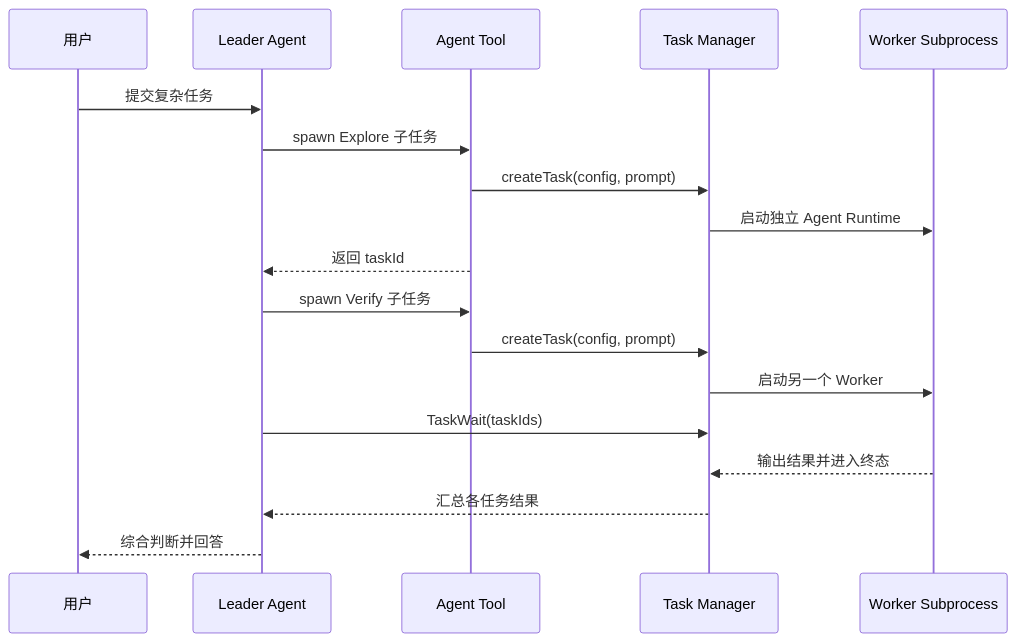
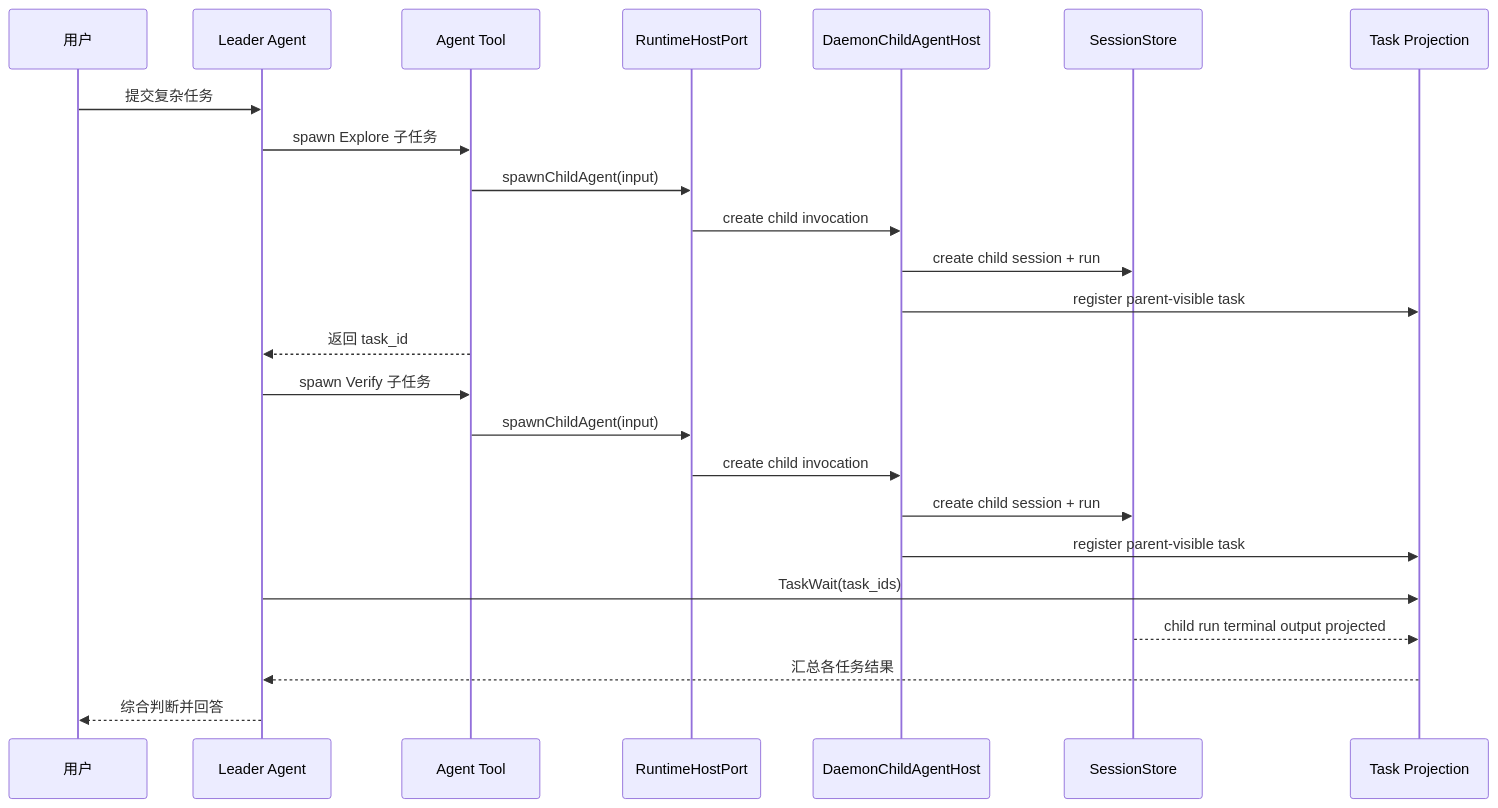
One commit to rzx007/openharness-ts changed the sixth of 7 diagrams in docs/agent-application-architecture.md. Above: the diagram before and after it, drawn with Mermaid. The commit also changed other lines of this file and 8 other files, not shown here.

Commit message:
docs(runtime): clarify child task projection semantics

````diff
--- a/docs/agent-application-architecture.md
+++ b/docs/agent-application-architecture.md
@@ -636,21 +638,27 @@
 ```mermaid
 sequenceDiagram
   participant U as 用户
   participant L as Leader Agent
   participant A as Agent Tool
-  participant T as Task Manager
-  participant W as Worker Subprocess
+  participant H as RuntimeHostPort
+  participant D as DaemonChildAgentHost
+  participant S as SessionStore
+  participant T as Task Projection
 
   U->>L: 提交复杂任务
   L->>A: spawn Explore 子任务
-  A->>T: createTask(config, prompt)
-  T->>W: 启动独立 Agent Runtime
-  A-->>L: 返回 taskId
+  A->>H: spawnChildAgent(input)
+  H->>D: create child invocation
+  D->>S: create child session + run
+  D->>T: register parent-visible task
+  A-->>L: 返回 task_id
   L->>A: spawn Verify 子任务
-  A->>T: createTask(config, prompt)
-  T->>W: 启动另一个 Worker
-  L->>T: TaskWait(taskIds)
-  W-->>T: 输出结果并进入终态
+  A->>H: spawnChildAgent(input)
+  H->>D: create child invocation
+  D->>S: create child session + run
+  D->>T: register parent-visible task
+  L->>T: TaskWait(task_ids)
+  S-->>T: child run terminal output projected
   T-->>L: 汇总各任务结果
   L-->>U: 综合判断并回答
 ```
````
